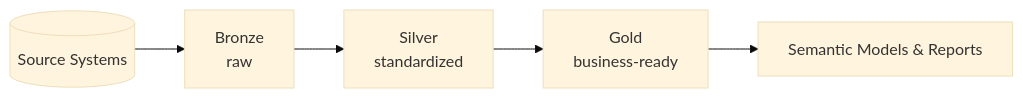
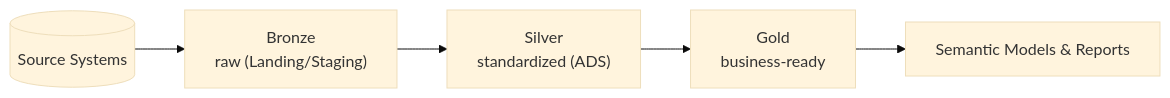
Before and after one commit to PlainsightPro/Vision-Playbook: the diagram in Technical Guideline Ops/Fabric Best-Practices/Lakehouse Architecture.md, drawn with Mermaid. The commit also changed other lines of this file and 18 other files, not shown here.

Commit message:
Updated to better align with Bronze/Silver/Gold

````diff
--- a/Technical Guideline Ops/Fabric Best-Practices/Lakehouse Architecture.md
+++ b/Technical Guideline Ops/Fabric Best-Practices/Lakehouse Architecture.md
@@ -18,8 +15,8 @@
 ```mermaid
 %%{init: { "flowchart": { "useMaxWidth": true, "curve": "basis" }, "theme": "base" } }%%
 graph LR
-  Source[(Source Systems)] --> Bronze["Bronze<br/>raw"]
-  Bronze --> Silver["Silver<br/>standardized"]
+  Source[(Source Systems)] --> Bronze["Bronze<br/>raw (Landing/Staging)"]
+  Bronze --> Silver["Silver<br/>standardized (ADS)"]
   Silver --> Gold["Gold<br/>business-ready"]
   Gold --> Semantic["Semantic Models & Reports"]
 ```
````
